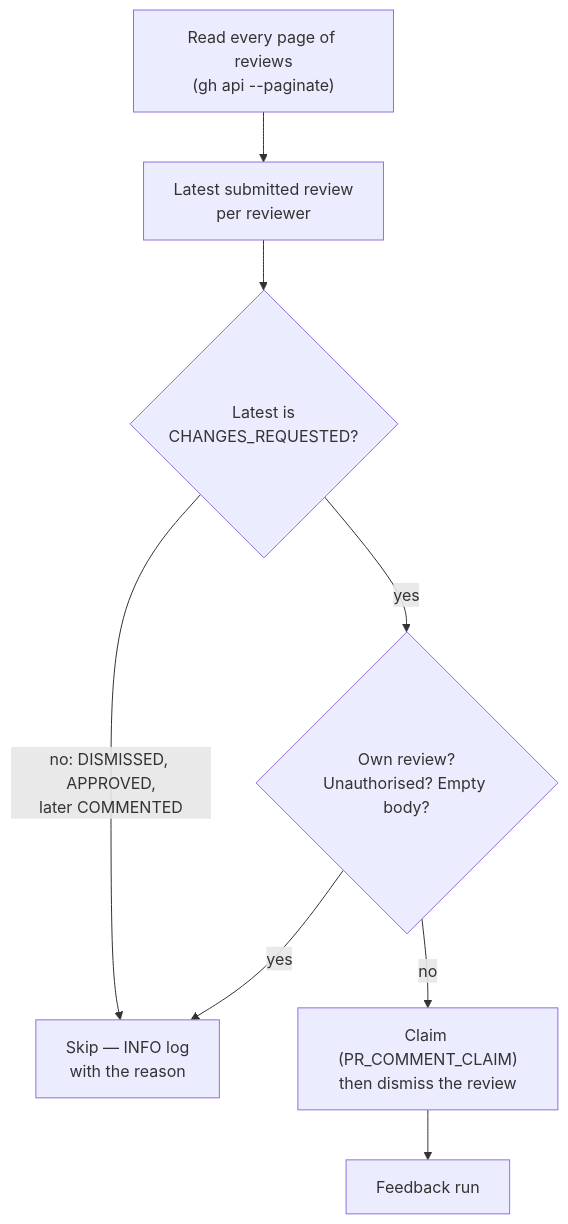
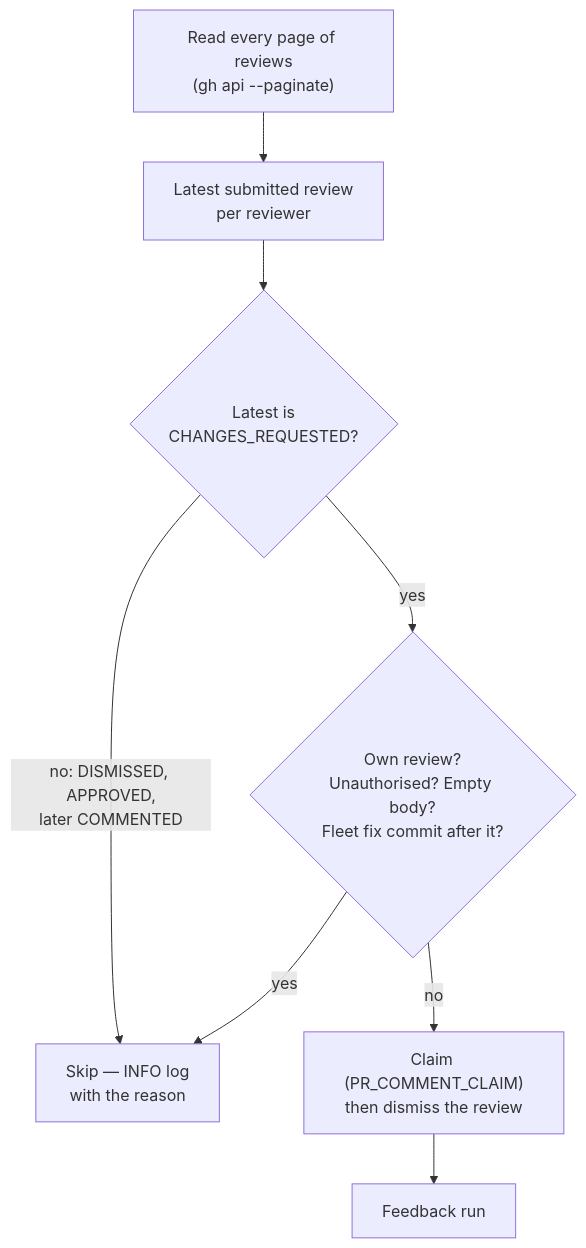
One commit to stSoftwareAU/VibeCoder changed the second of 8 diagrams in docs/workflows/pr-feedback.md. Above: the diagram before and after it, drawn with Mermaid. The commit also changed other lines of this file, not shown here.

First line of the commit message:
fix(pr-feedback): keep CHANGES_REQUESTED reviews after the head moves (#2697)

````diff
--- a/docs/workflows/pr-feedback.md
+++ b/docs/workflows/pr-feedback.md
@@ -153,10 +156,10 @@
    ```mermaid
    flowchart TD
        R["Read every page of reviews<br/>(gh api --paginate)"] --> L["Latest submitted review<br/>per reviewer"]
        L --> Q{"Latest is<br/>CHANGES_REQUESTED?"}
        Q -- "no: DISMISSED, APPROVED,<br/>later COMMENTED" --> S["Skip — INFO log<br/>with the reason"]
-       Q -- yes --> O{"Own review?<br/>Unauthorised? Empty body?"}
+       Q -- yes --> O{"Own review?<br/>Unauthorised? Empty body?<br/>Fleet fix commit after it?"}
        O -- yes --> S
        O -- no --> C["Claim (PR_COMMENT_CLAIM)<br/>then dismiss the review"]
        C --> F["Feedback run"]
    ```
````
